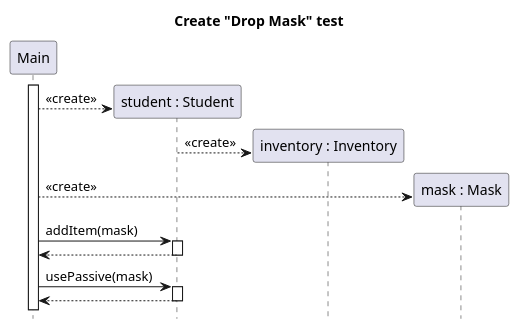
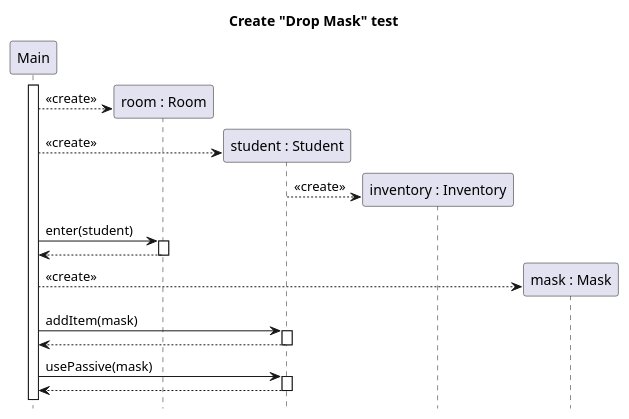
The diagram in docs/diagrams/test-create-sequence/student-drop-mask-create.puml (sn4k3ch4rm3r/logarlec), drawn with PlantUML before and after one commit. The commit also changed 15 other files, not shown here.

Commit message:
Sequence diagram consistency

```diff
--- a/docs/diagrams/test-create-sequence/student-drop-mask-create.puml
+++ b/docs/diagrams/test-create-sequence/student-drop-mask-create.puml
@@ -1,24 +1,29 @@
 @startuml student-drop-mask-create
 
 title Create "Drop Mask" test 
 hide footbox
 
 participant "Main" as main
+participant "room : Room" as room
 participant "student : Student" as stu
 participant "inventory : Inventory" as inv
 participant "mask : Mask" as mask
 
 main++
+create room
+main --> room : <<create>>
 create stu
 main --> stu  : <<create>>
 create inv
 stu --> inv : <<create>>
+main -> room ++: enter(student)
+return
 create mask
 main --> mask : <<create>>
 main -> stu ++: addItem(mask)
 return
 main -> stu ++: usePassive(mask)
 return
 
 
 @enduml
```
